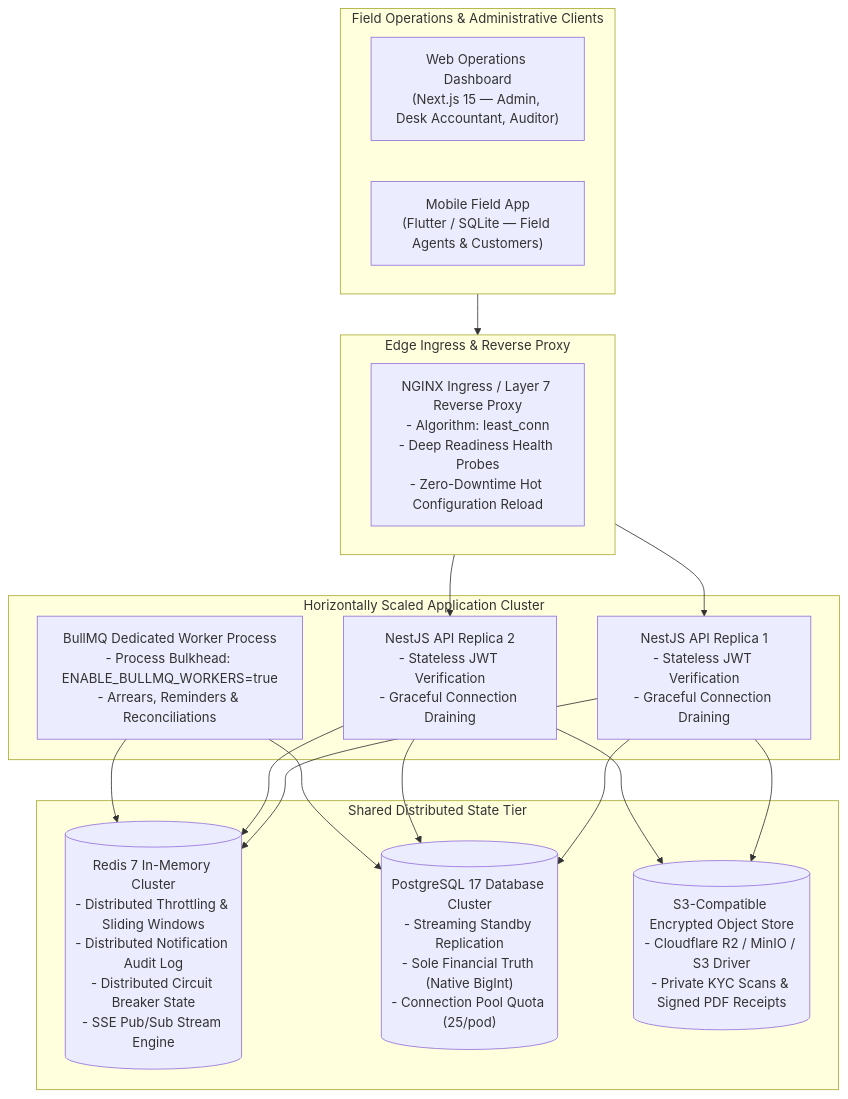
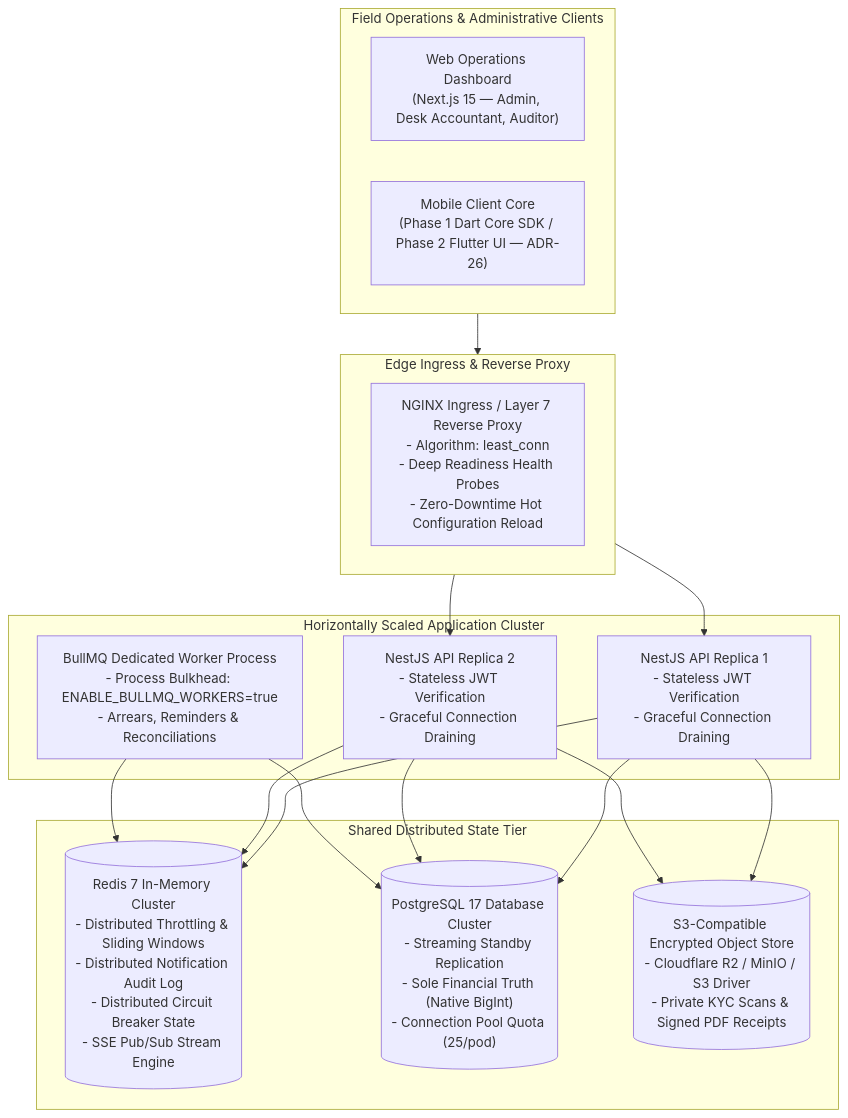
Before and after one commit to Kathir-24/Kumaran-finance: the diagram in docs/03-architecture/horizontal-scaling-and-high-availability.md, drawn with Mermaid. The commit also changed other lines of this file and 4 other files, not shown here.

````diff
--- a/docs/03-architecture/horizontal-scaling-and-high-availability.md
+++ b/docs/03-architecture/horizontal-scaling-and-high-availability.md
@@ -15,35 +15,35 @@
 ```mermaid
 flowchart TD
     subgraph Clients["Field Operations & Administrative Clients"]
         WebPortal["Web Operations Dashboard\n(Next.js 15 — Admin, Desk Accountant, Auditor)"]
-        MobileApp["Mobile Field App\n(Flutter / SQLite — Field Agents & Customers)"]
+        MobileApp["Mobile Client Core\n(Phase 1 Dart Core SDK / Phase 2 Flutter UI — ADR-26)"]
     end
 
     subgraph IngressTier["Edge Ingress & Reverse Proxy"]
         ALB["NGINX Ingress / Layer 7 Reverse Proxy\n- Algorithm: least_conn\n- Deep Readiness Health Probes\n- Zero-Downtime Hot Configuration Reload"]
     end
 
     subgraph ComputeTier["Horizontally Scaled Application Cluster"]
         API1["NestJS API Replica 1\n- Stateless JWT Verification\n- Graceful Connection Draining"]
         API2["NestJS API Replica 2\n- Stateless JWT Verification\n- Graceful Connection Draining"]
         Worker["BullMQ Dedicated Worker Process\n- Process Bulkhead: ENABLE_BULLMQ_WORKERS=true\n- Arrears, Reminders & Reconciliations"]
     end
 
     subgraph DistributedTier["Shared Distributed State Tier"]
         RedisCluster[("Redis 7 In-Memory Cluster\n- Distributed Throttling & Sliding Windows\n- Distributed Notification Audit Log\n- Distributed Circuit Breaker State\n- SSE Pub/Sub Stream Engine")]
         RDSCluster[("PostgreSQL 17 Database Cluster\n- Streaming Standby Replication\n- Sole Financial Truth (Native BigInt)\n- Connection Pool Quota (25/pod)")]
         S3Storage[("S3-Compatible Encrypted Object Store\n- Cloudflare R2 / MinIO / S3 Driver\n- Private KYC Scans & Signed PDF Receipts")]
     end
 
     Clients --> IngressTier
     IngressTier --> API1
     IngressTier --> API2
     API1 --> RedisCluster
     API2 --> RedisCluster
     API1 --> RDSCluster
     API2 --> RDSCluster
     API1 --> S3Storage
     API2 --> S3Storage
     Worker --> RedisCluster
     Worker --> RDSCluster
 ```
````
